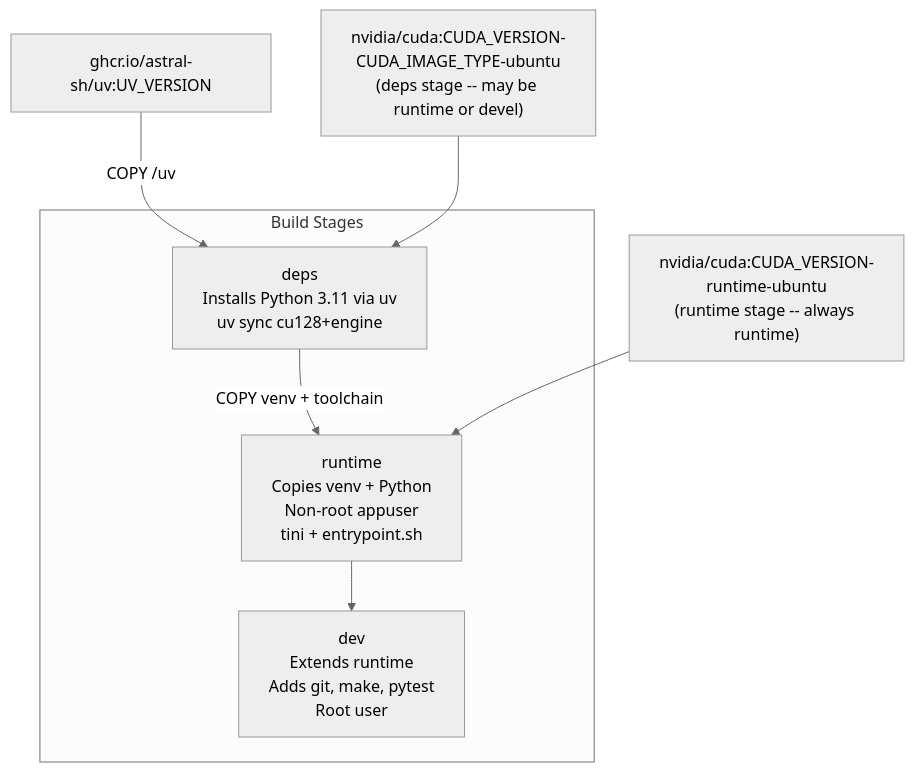
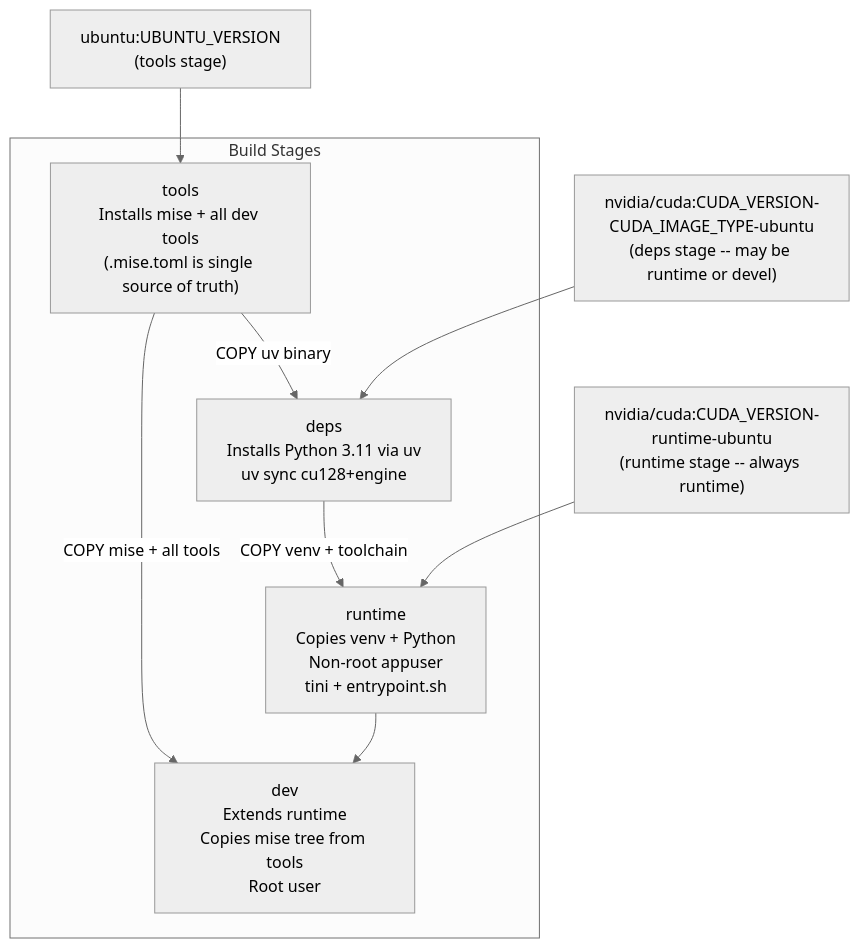
The diagram in docs/developer-guide/docker.md (NVIDIA-NeMo/Safe-Synthesizer), drawn with Mermaid (neutral theme) before and after one commit. The commit also changed other lines of this file and 36 other files, not shown here.

First line of the commit message:
feat: replace tools/binaries with mise (#388)

````diff
--- a/docs/developer-guide/docker.md
+++ b/docs/developer-guide/docker.md
@@ -19,18 +19,21 @@
 ```mermaid
 flowchart TD
-    uvImage["ghcr.io/astral-sh/uv:UV_VERSION"]
+    ubuntuBase["ubuntu:UBUNTU_VERSION\n(tools stage)"]
     cudaBuild["nvidia/cuda:CUDA_VERSION-CUDA_IMAGE_TYPE-ubuntu\n(deps stage -- may be runtime or devel)"]
     cudaRuntime["nvidia/cuda:CUDA_VERSION-runtime-ubuntu\n(runtime stage -- always runtime)"]
 
     subgraph stages [Build Stages]
+        tools["tools\nInstalls mise + all dev tools\n(.mise.toml is single source of truth)"]
         deps["deps\nInstalls Python 3.11 via uv\nuv sync cu128+engine"]
         runtime["runtime\nCopies venv + Python\nNon-root appuser\ntini + entrypoint.sh"]
-        dev["dev\nExtends runtime\nAdds git, make, pytest\nRoot user"]
+        dev["dev\nExtends runtime\nCopies mise tree from tools\nRoot user"]
     end
 
-    uvImage -->|"COPY /uv"| deps
+    ubuntuBase --> tools
+    tools -->|"COPY uv binary"| deps
     cudaBuild --> deps
     deps -->|"COPY venv + toolchain"| runtime
     cudaRuntime --> runtime
     runtime --> dev
+    tools -->|"COPY mise + all tools"| dev
 ```
````
